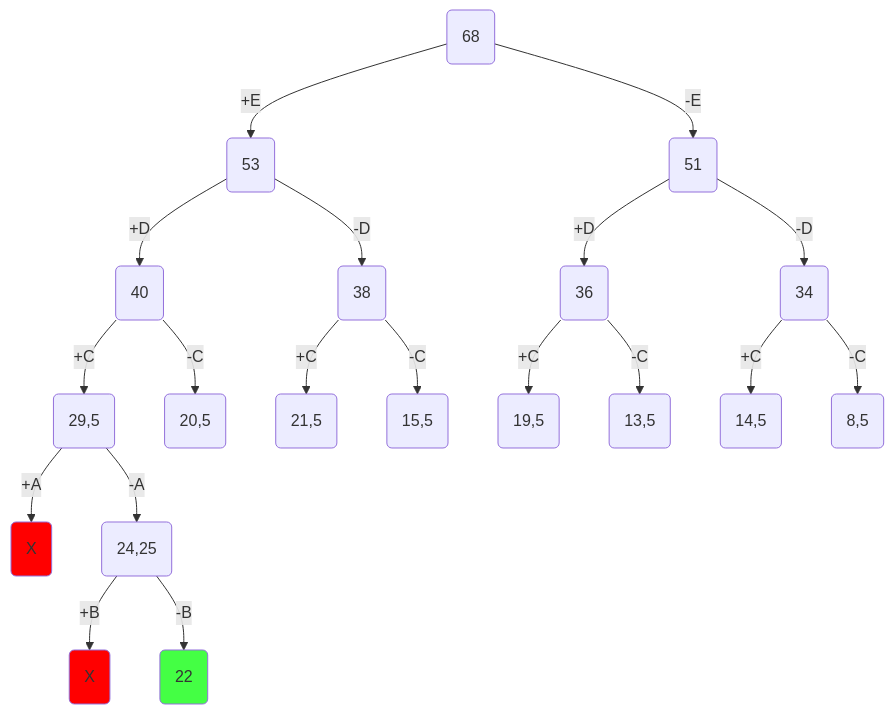
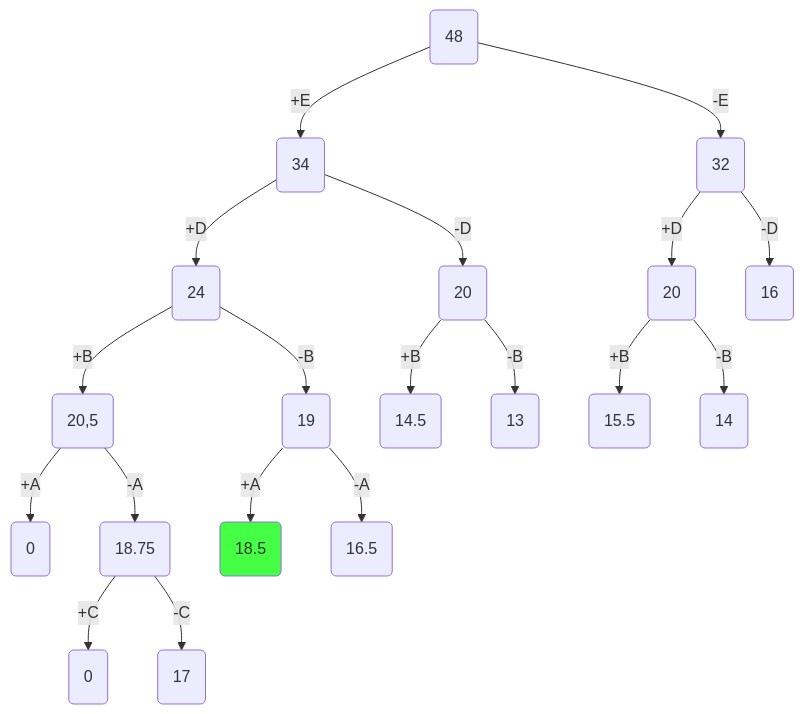
One commit to ggpillow/algorithm changed the ninth of 10 diagrams in 18task.md. Above: the diagram before and after it, drawn with Mermaid. The commit also changed other lines of this file, not shown here.

````diff
--- a/18task.md
+++ b/18task.md
@@ -327,44 +449,42 @@
 ``` mermaid
 flowchart TD
-A(68)
-B(53)
-C(51)
-D(40)
-E(38)
-F(36)
-G(34)
-H(29,5)
-I(20,5)
-J(21,5)
-K(15,5)
-L(19,5)
-M(13,5)
-N(14,5)
-O(8,5)
-P(X)
-Q(24,25)
-R(X)
-S(22)
+A(48)
+B(34)
+C(32)
+D(24)
+E(20)
+F(20)
+G(16)
+H(20,5)
+I(19)
+J(0)
+K(18.75)
+L(14.5)
+M(13)
+N(15.5)
+O(14)
+P(18.5)
+R(16.5)
+S(0)
+T(17)
 A -- +E--> B
 A -- -E--> C
 B -- +D--> D
 B -- -D--> E
 C -- +D--> F
 C -- -D--> G
-D -- +C--> H
-D -- -C--> I
-E -- +C--> J
-E -- -C--> K
-F -- +C--> L
-F -- -C--> M
-G -- +C--> N
-G -- -C--> O
-H -- +A--> P
-H -- -A--> Q
-Q -- +B--> R
-Q -- -B--> S
+D -- +B--> H
+D -- -B--> I
+H -- +A--> J
+H -- -A--> K
+E -- +B--> L
+E -- -B--> M
+F -- +B--> N
+F -- -B--> O
+I -- +A--> P
+I -- -A--> R
+K -- +C--> S
+K -- -C--> T
 
-style P fill:#FF0000
-style R fill:#FF0000
-style S fill:#4f4f
+style P fill:#4f4f
 ```
````
